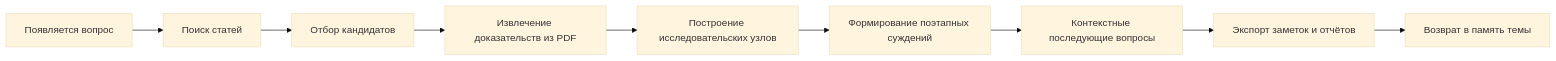
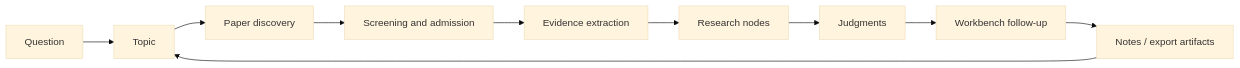
The diagram in docs/README.ru-RU.md (AI-yyf/TraceMind), drawn with Mermaid (base theme) before and after one commit. The commit also changed other lines of this file and 7 other files, not shown here.

First line of the commit message:
Clarify TraceMind as an AI personal research workbench in public docs

````diff
--- a/docs/README.ru-RU.md
+++ b/docs/README.ru-RU.md
@@ -131,11 +162,12 @@
 ```mermaid
 flowchart LR
-    A["Появляется вопрос"] --> B["Поиск статей"]
-    B --> C["Отбор кандидатов"]
-    C --> D["Извлечение доказательств из PDF"]
-    D --> E["Построение исследовательских узлов"]
-    E --> F["Формирование поэтапных суждений"]
-    F --> G["Контекстные последующие вопросы"]
-    G --> H["Экспорт заметок и отчётов"]
-    H --> I["Возврат в память темы"]
+    A["Question"] --> B["Topic"]
+    B --> C["Paper discovery"]
+    C --> D["Screening and admission"]
+    D --> E["Evidence extraction"]
+    E --> F["Research nodes"]
+    F --> G["Judgments"]
+    G --> H["Workbench follow-up"]
+    H --> I["Notes / export artifacts"]
+    I --> B
 ```
````
